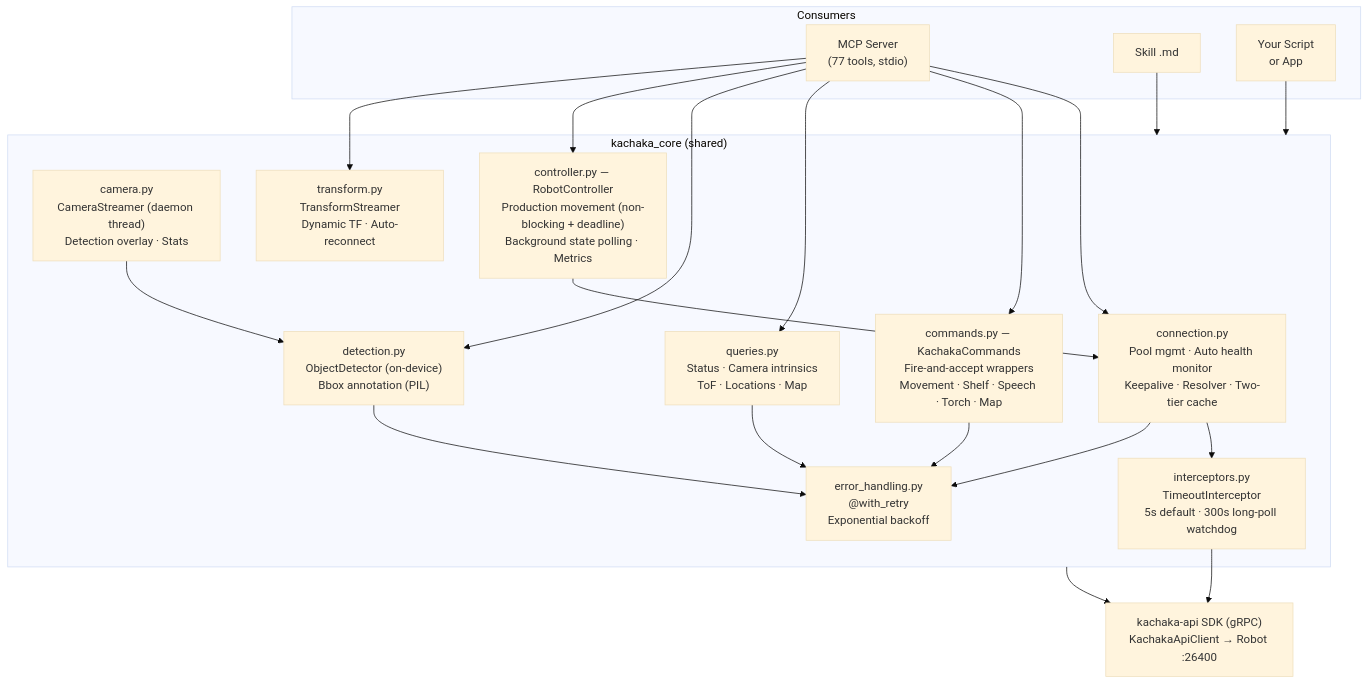
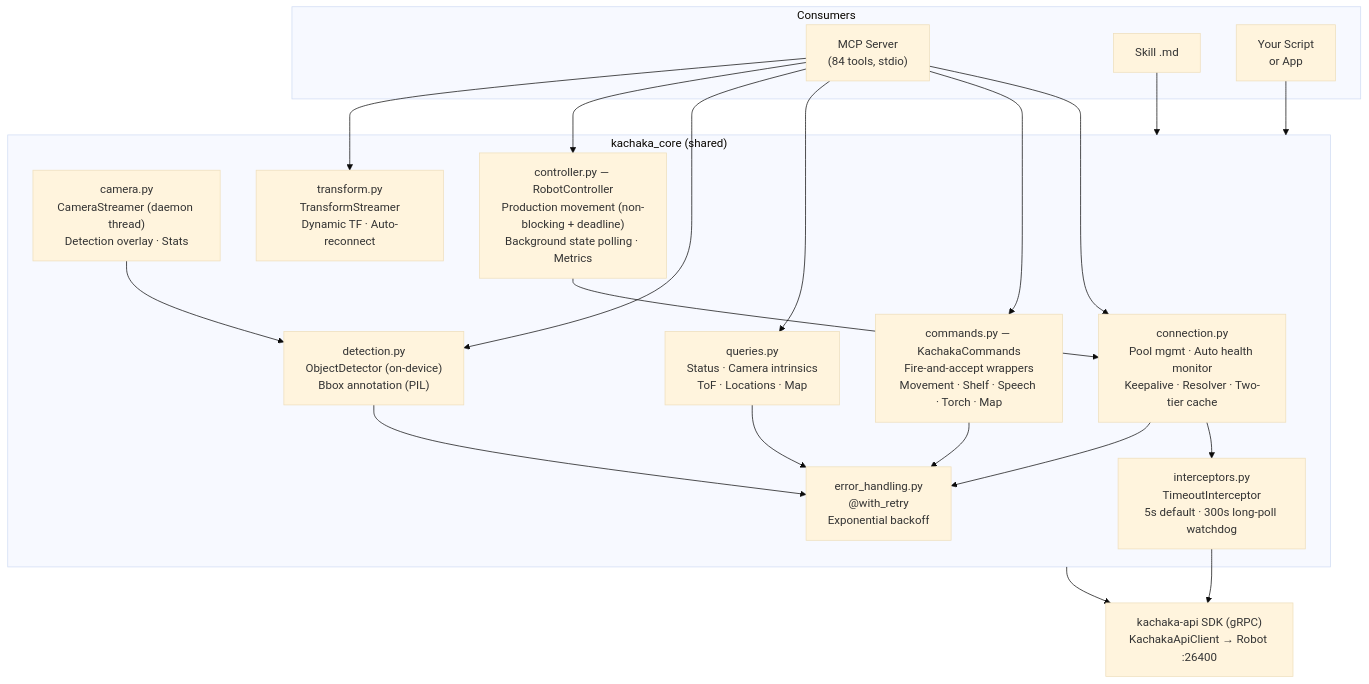
One commit to sigmarobotics/kachaka-sdk-toolkit changed the first of 7 diagrams in README.md. Above: the diagram before and after it, drawn with Mermaid (base theme). The commit also changed other lines of this file and 6 other files, not shown here.

````diff
--- a/README.md
+++ b/README.md
@@ -13,40 +13,40 @@
 ```mermaid
 graph TD
     subgraph Consumers
-        MCP["MCP Server<br/>(77 tools, stdio)"]
+        MCP["MCP Server<br/>(84 tools, stdio)"]
         SKILL["Skill .md"]
         APP["Your Script<br/>or App"]
     end
 
     subgraph kachaka_core["kachaka_core (shared)"]
         CONN["connection.py<br/>Pool mgmt · Auto health monitor<br/>Keepalive · Resolver · Two-tier cache"]
         INT["interceptors.py<br/>TimeoutInterceptor<br/>5s default · 300s long-poll watchdog"]
         CMD["commands.py — KachakaCommands<br/>Fire-and-accept wrappers<br/>Movement · Shelf · Speech · Torch · Map"]
         QRY["queries.py<br/>Status · Camera intrinsics<br/>ToF · Locations · Map"]
         ERR["error_handling.py<br/>@with_retry<br/>Exponential backoff"]
         CAM["camera.py<br/>CameraStreamer (daemon thread)<br/>Detection overlay · Stats"]
         DET["detection.py<br/>ObjectDetector (on-device)<br/>Bbox annotation (PIL)"]
         CTRL["controller.py — RobotController<br/>Production movement (non-blocking + deadline)<br/>Background state polling · Metrics"]
         TF["transform.py<br/>TransformStreamer<br/>Dynamic TF · Auto-reconnect"]
     end
 
     SDK["kachaka-api SDK (gRPC)<br/>KachakaApiClient → Robot :26400"]
 
     MCP --> CONN
     MCP --> CMD
     MCP --> QRY
     MCP --> DET
     MCP --> CTRL
     MCP --> TF
     SKILL --> kachaka_core
     APP --> kachaka_core
     CONN --> INT
     CONN --> ERR
     CMD --> ERR
     QRY --> ERR
     DET --> ERR
     CTRL --> CONN
     CAM --> DET
     INT --> SDK
     kachaka_core --> SDK
 ```
````
